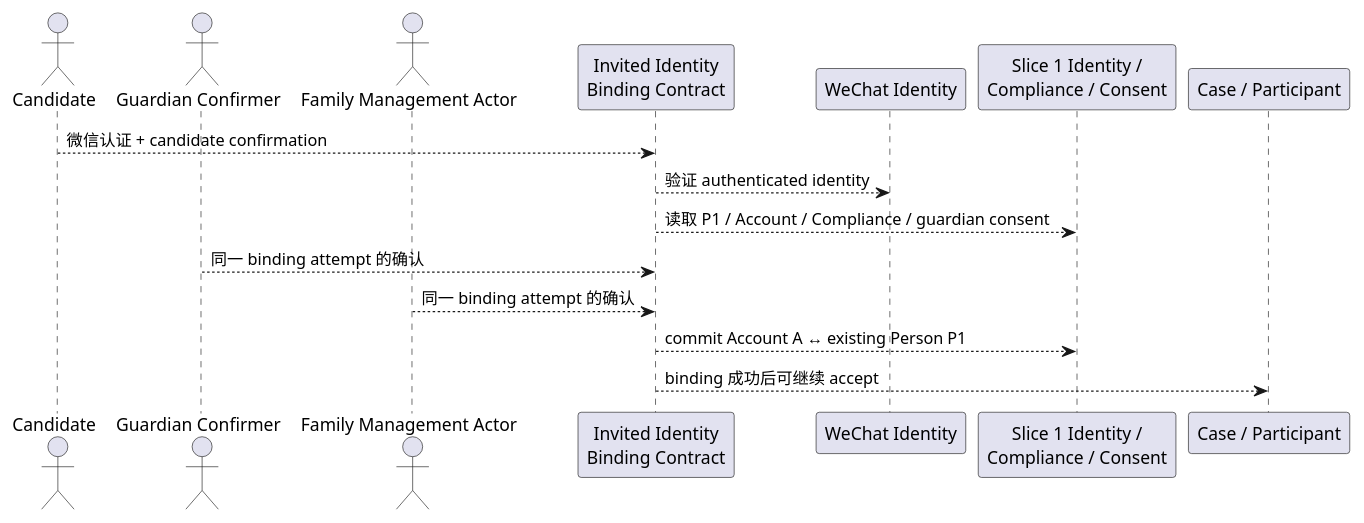
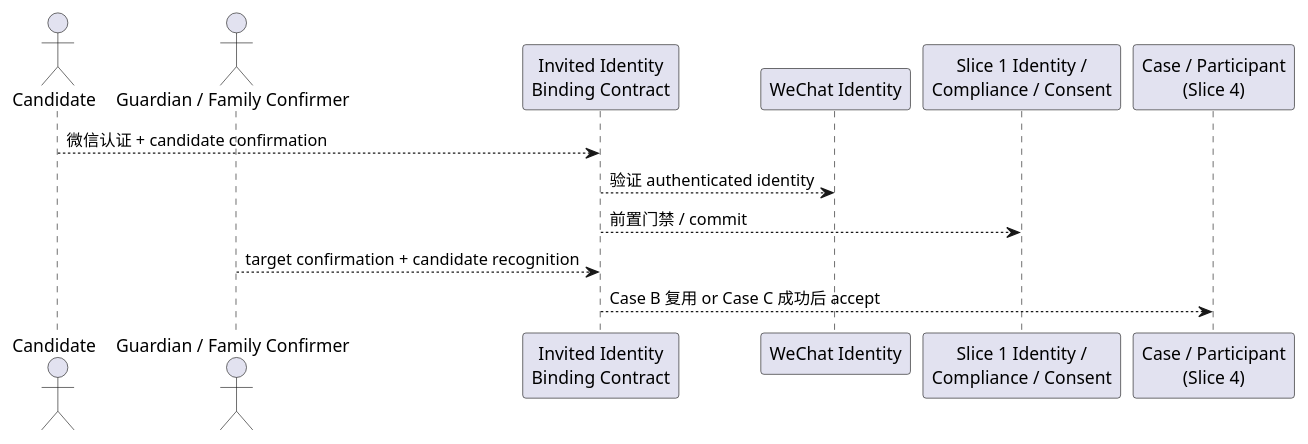
Before and after one commit to pyxm1618/xiaoshuyin: the diagram in specs/005-invited-identity-binding-contract/spec.md, drawn with PlantUML. The commit also changed other lines of this file and 6 other files, not shown here.

````diff
--- a/specs/005-invited-identity-binding-contract/spec.md
+++ b/specs/005-invited-identity-binding-contract/spec.md
@@ -116,19 +121,16 @@
 ```plantuml
 @startuml
 actor "Candidate" as Candidate
-actor "Guardian Confirmer" as Guardian
-actor "Family Management Actor" as Manager
+actor "Guardian / Family Confirmer" as Confirmer
 participant "Invited Identity\nBinding Contract" as Binding
 participant "WeChat Identity" as WeChat
 participant "Slice 1 Identity /\nCompliance / Consent" as Slice1
-participant "Case / Participant" as Case
+participant "Case / Participant\n(Slice 4)" as Case
 
 Candidate --> Binding : 微信认证 + candidate confirmation
 Binding --> WeChat : 验证 authenticated identity
-Binding --> Slice1 : 读取 P1 / Account / Compliance / guardian consent
-Guardian --> Binding : 同一 binding attempt 的确认
-Manager --> Binding : 同一 binding attempt 的确认
-Binding --> Slice1 : commit Account A ↔ existing Person P1
-Binding --> Case : binding 成功后可继续 accept
+Binding --> Slice1 : 前置门禁 / commit
+Confirmer --> Binding : target confirmation + candidate recognition
+Binding --> Case : Case B 复用 or Case C 成功后 accept
 @enduml
 ```
````
